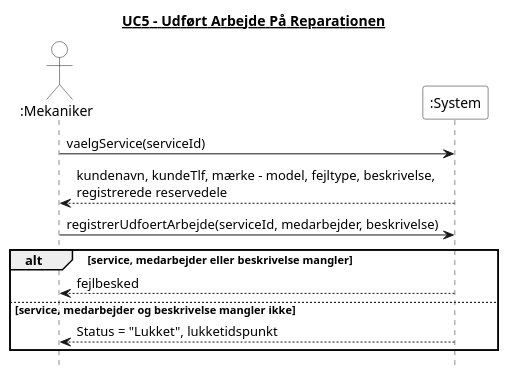
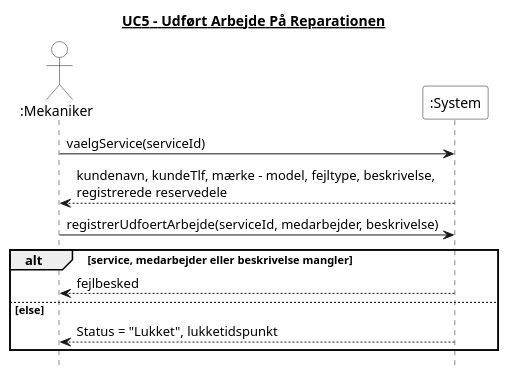
The diagram in 4. System Sekvens Diagram/UC5_udfoert_arbejde.puml (Zoabz/Getting-Real), drawn with PlantUML before and after one commit. The commit also changed 7 other files, not shown here.

```diff
--- a/4. System Sekvens Diagram/UC5_udfoert_arbejde.puml
+++ b/4. System Sekvens Diagram/UC5_udfoert_arbejde.puml
@@ -1,29 +1,29 @@
 @startuml
 title <u>UC5 - Udført Arbejde På Reparationen</u>
 hide footbox
 skinparam monochrome true
 skinparam shadowing false
 skinparam backgroundColor white
 skinparam actor {
   BackgroundColor white
 }
 skinparam participant {
   BackgroundColor white
 }
 
 actor ":Mekaniker"
 participant ":System" as System
 
 ":Mekaniker" -> System : vaelgService(serviceId)
 
 System --> ":Mekaniker" : kundenavn, kundeTlf, mærke - model, fejltype, beskrivelse,\nregistrerede reservedele
 
 ":Mekaniker" -> System : registrerUdfoertArbejde(serviceId, medarbejder, beskrivelse)
 
 alt service, medarbejder eller beskrivelse mangler
   System --> ":Mekaniker" : fejlbesked
-else service, medarbejder og beskrivelse mangler ikke
+else else
   System --> ":Mekaniker" : Status = "Lukket", lukketidspunkt
 end
 
 @enduml
```
